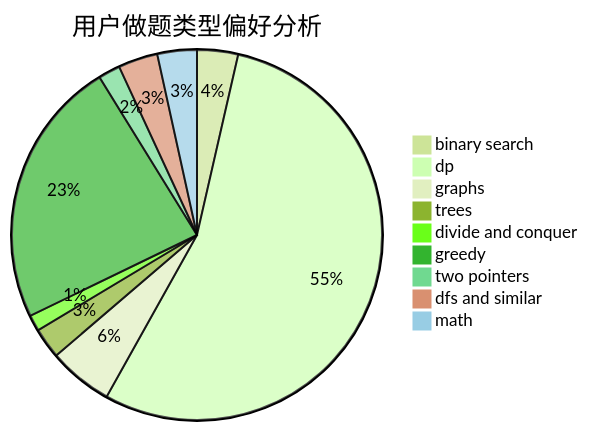
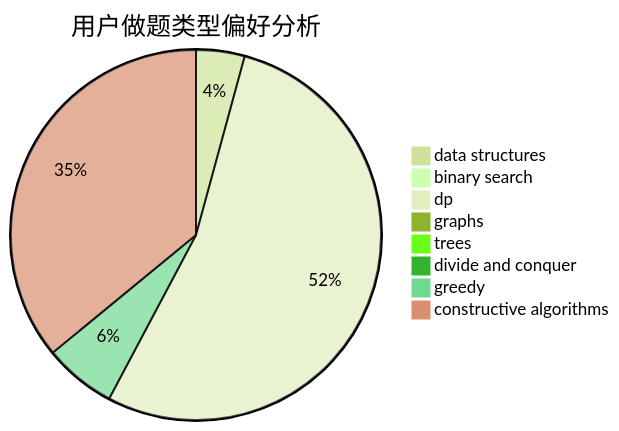
One commit to sherpahu/cfrs.github.io changed the second of 3 diagrams in docs/user/u1469.md. Above: the diagram before and after it, drawn with Mermaid (forest theme). The commit also changed other lines of this file and 2775 other files, not shown here.

````diff
--- a/docs/user/u1469.md
+++ b/docs/user/u1469.md
@@ -23,12 +23,11 @@
 ```mermaid
 pie title 用户做题类型偏好分析
-    "binary search" :  28
-    "dp" :  427
-    "graphs" :  44
-    "trees" :  21
-    "divide and conquer" :  11
-    "greedy" :  183
-    "two pointers" :  15
-    "dfs and similar" :  27
-    "math" :  27
+    "data structures" :  33
+    "binary search" :  4
+    "dp" :  417
+    "graphs" :  5
+    "trees" :  6
+    "divide and conquer" :  2
+    "greedy" :  49
+    "constructive algorithms" :  280
 ```
````
